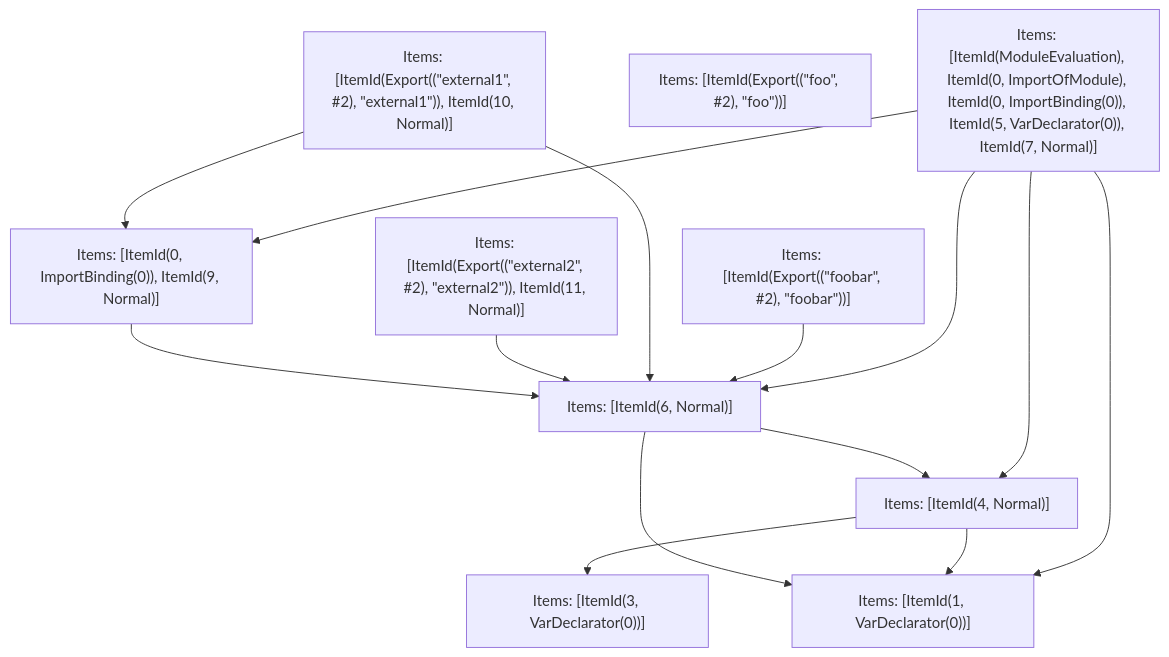
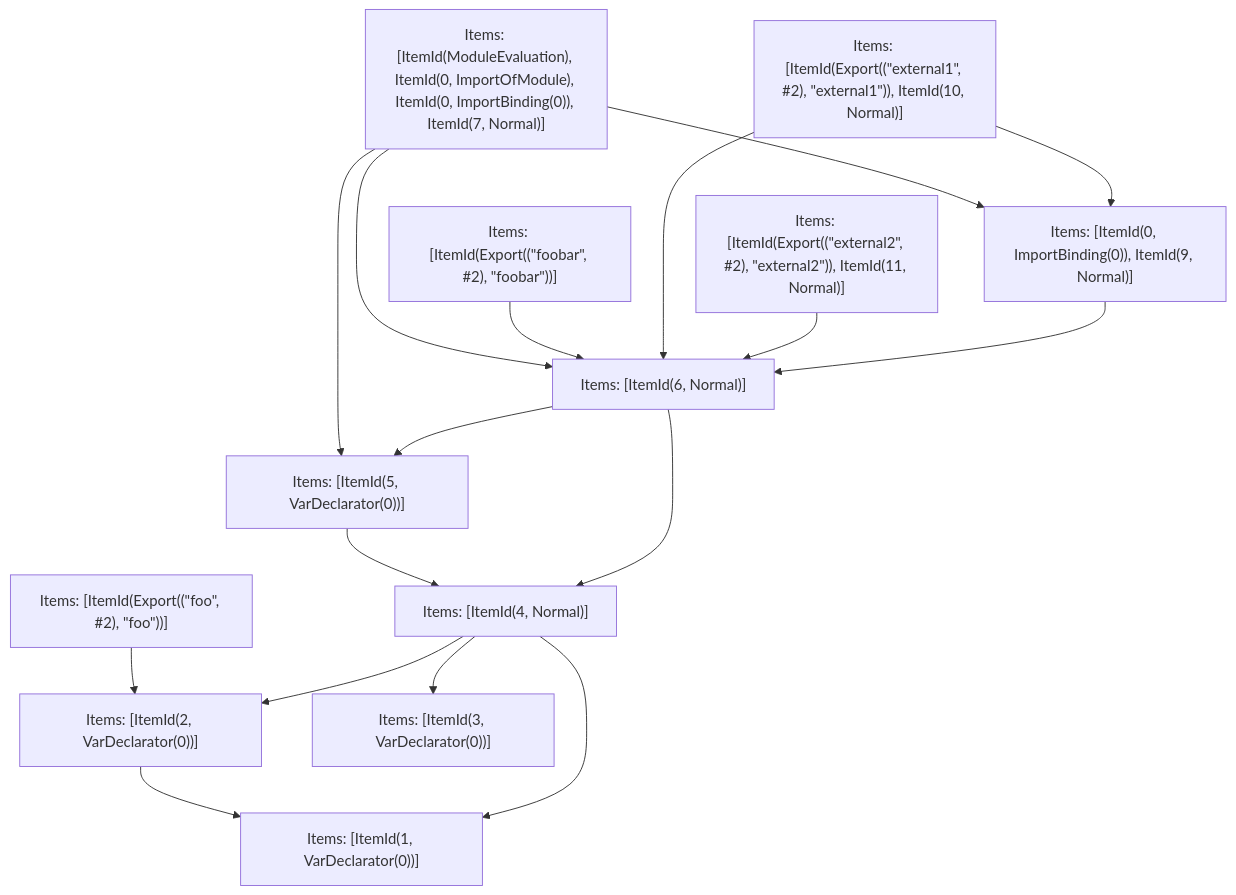
The fifth of 5 diagrams in crates/turbopack-ecmascript/tests/tree-shaker/analyzer/1/output.md (vercel/turborepo), drawn with Mermaid before and after one commit. The commit also changed other lines of this file and 20 other files, not shown here.

````diff
--- a/crates/turbopack-ecmascript/tests/tree-shaker/analyzer/1/output.md
+++ b/crates/turbopack-ecmascript/tests/tree-shaker/analyzer/1/output.md
@@ -327,26 +316,31 @@
 ```mermaid
 graph TD
-    N0["Items: [ItemId(ModuleEvaluation), ItemId(0, ImportOfModule), ItemId(0, ImportBinding(0)), ItemId(5, VarDeclarator(0)), ItemId(7, Normal)]"];
+    N0["Items: [ItemId(ModuleEvaluation), ItemId(0, ImportOfModule), ItemId(0, ImportBinding(0)), ItemId(7, Normal)]"];
     N1["Items: [ItemId(Export((&quot;foobar&quot;, #2), &quot;foobar&quot;))]"];
     N2["Items: [ItemId(Export((&quot;foo&quot;, #2), &quot;foo&quot;))]"];
     N3["Items: [ItemId(Export((&quot;external1&quot;, #2), &quot;external1&quot;)), ItemId(10, Normal)]"];
     N4["Items: [ItemId(Export((&quot;external2&quot;, #2), &quot;external2&quot;)), ItemId(11, Normal)]"];
     N5["Items: [ItemId(1, VarDeclarator(0))]"];
-    N6["Items: [ItemId(3, VarDeclarator(0))]"];
-    N7["Items: [ItemId(4, Normal)]"];
-    N8["Items: [ItemId(6, Normal)]"];
-    N9["Items: [ItemId(0, ImportBinding(0)), ItemId(9, Normal)]"];
-    N0 --> N7;
-    N0 --> N5;
+    N6["Items: [ItemId(2, VarDeclarator(0))]"];
+    N7["Items: [ItemId(3, VarDeclarator(0))]"];
+    N8["Items: [ItemId(4, Normal)]"];
+    N9["Items: [ItemId(5, VarDeclarator(0))]"];
+    N10["Items: [ItemId(6, Normal)]"];
+    N11["Items: [ItemId(0, ImportBinding(0)), ItemId(9, Normal)]"];
     N0 --> N9;
-    N0 --> N8;
-    N1 --> N8;
-    N3 --> N9;
-    N3 --> N8;
-    N4 --> N8;
-    N7 --> N6;
-    N7 --> N5;
+    N0 --> N11;
+    N0 --> N10;
+    N1 --> N10;
+    N2 --> N6;
+    N3 --> N11;
+    N3 --> N10;
+    N4 --> N10;
+    N6 --> N5;
     N8 --> N7;
     N8 --> N5;
+    N8 --> N6;
     N9 --> N8;
+    N10 --> N8;
+    N10 --> N9;
+    N11 --> N10;
 ```
````
